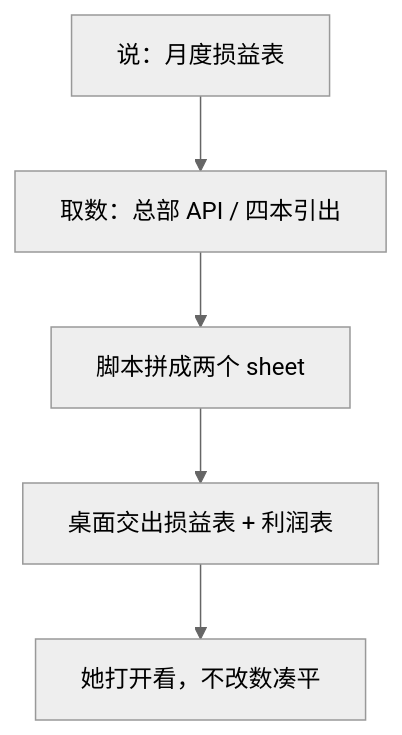
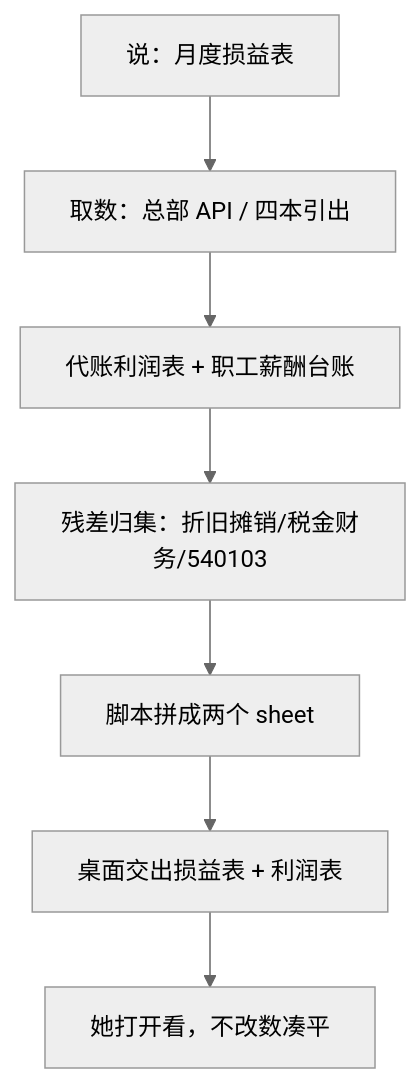
Before and after one commit to EvanLee2004/finance-skills: the diagram in skills/pl-dept-report/README.md, drawn with Mermaid (neutral theme). The commit also changed other lines of this file and 10 other files, not shown here.

````diff
--- a/skills/pl-dept-report/README.md
+++ b/skills/pl-dept-report/README.md
@@ -55,7 +55,9 @@
 ```mermaid
 flowchart TD
   A["说：月度损益表"] --> B["取数：总部 API / 四本引出"]
-  B --> C["脚本拼成两个 sheet"]
-  C --> D["桌面交出损益表 + 利润表"]
-  D --> E["她打开看，不改数凑平"]
+  B --> C["代账利润表 + 职工薪酬台账"]
+  C --> C2["残差归集：折旧摊销/税金财务/540103"]
+  C2 --> D["脚本拼成两个 sheet"]
+  D --> E["桌面交出损益表 + 利润表"]
+  E --> F["她打开看，不改数凑平"]
 ```
````
